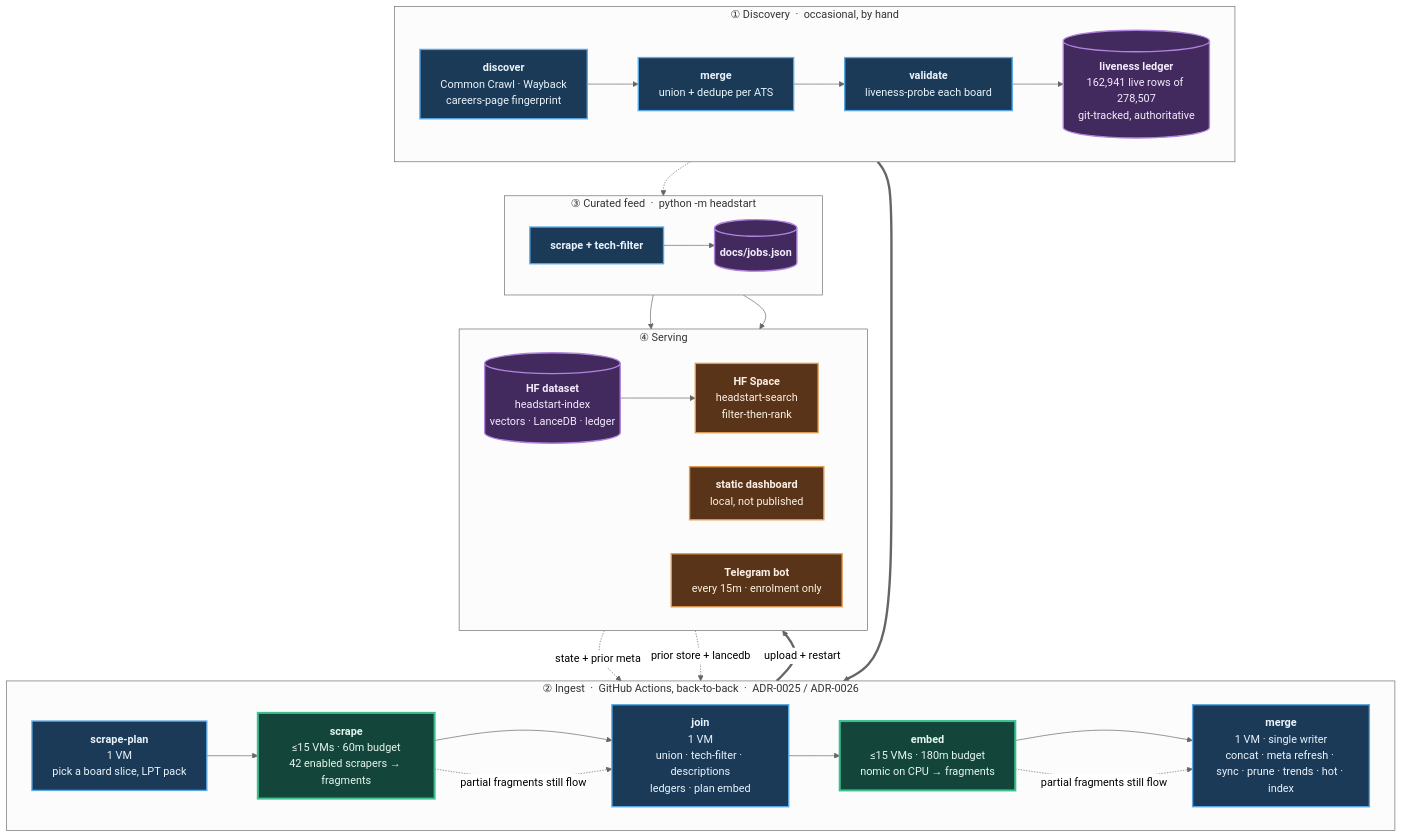
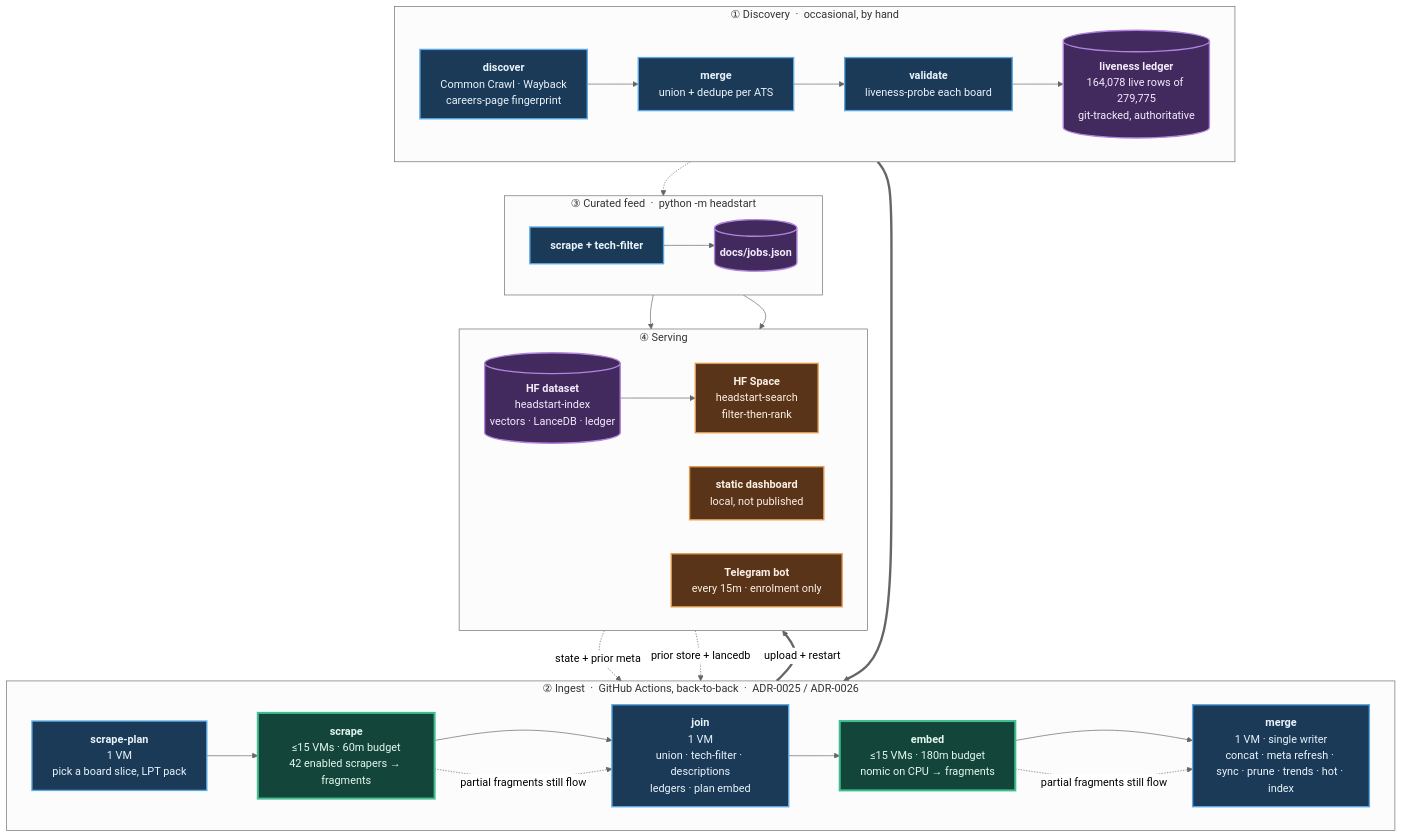
One commit to sarthakjain004/headstart changed the diagram in README.md. Above: the diagram before and after it, drawn with Mermaid (neutral theme). The commit also changed other lines of this file and 26 other files, not shown here.

````diff
--- a/README.md
+++ b/README.md
@@ -165,56 +168,56 @@
 ```mermaid
 flowchart TB
     subgraph D["① Discovery &nbsp;·&nbsp; occasional, by hand"]
         direction LR
         D1["<b>discover</b><br/>Common Crawl · Wayback<br/>careers-page fingerprint"]
         D2["<b>merge</b><br/>union + dedupe per ATS"]
         D3["<b>validate</b><br/>liveness-probe each board"]
-        D4[("<b>liveness ledger</b><br/>162,941 live rows of 278,507<br/>git-tracked, authoritative")]
+        D4[("<b>liveness ledger</b><br/>164,078 live rows of 279,775<br/>git-tracked, authoritative")]
         D1 --> D2 --> D3 --> D4
     end
 
     subgraph P["② Ingest &nbsp;·&nbsp; GitHub Actions, back-to-back &nbsp;·&nbsp; ADR-0025 / ADR-0026"]
         direction LR
         P1["<b>scrape-plan</b><br/>1 VM<br/>pick a board slice, LPT pack"]
         P2["<b>scrape</b><br/>≤15 VMs · 60m budget<br/>42 enabled scrapers → fragments"]
         P3["<b>join</b><br/>1 VM<br/>union · tech-filter · descriptions<br/>ledgers · plan embed"]
         P4["<b>embed</b><br/>≤15 VMs · 180m budget<br/>nomic on CPU → fragments"]
         P5["<b>merge</b><br/>1 VM · single writer<br/>concat · meta refresh · sync · prune · trends · hot · index"]
         P1 --> P2 --> P3 --> P4 --> P5
     end
 
     subgraph F["③ Curated feed &nbsp;·&nbsp; python -m headstart"]
         direction LR
         F1["<b>scrape + tech-filter</b>"]
         F2[("<b>docs/jobs.json</b>")]
         F1 --> F2
     end
 
     subgraph S["④ Serving"]
         direction LR
         S1[("<b>HF dataset</b><br/>headstart-index<br/>vectors · LanceDB · ledger")]
         S2["<b>HF Space</b><br/>headstart-search<br/>filter-then-rank"]
         S3["<b>static dashboard</b><br/>local, not published"]
         S4["<b>Telegram bot</b><br/>every 15m · enrolment only"]
         S1 --> S2
     end
 
     D4 ==> P1
     S1 -. "state + prior meta" .-> P1
     S1 -. "prior store + lancedb" .-> P5
     D4 -.-> F1
     P5 ==>|"upload + restart"| S1
     F2 --> S3
     F2 --> S4
     P2 -. "partial fragments still flow" .-> P3
     P4 -. "partial fragments still flow" .-> P5
 
     classDef serial fill:#1b3a57,stroke:#5aa9e6,stroke-width:2px,color:#eaf4fc
     classDef fan fill:#14453a,stroke:#3fbf8f,stroke-width:3px,color:#e4f7f0
     classDef store fill:#42295e,stroke:#b184dd,stroke-width:2px,color:#f4ecfc
     classDef serve fill:#5a3418,stroke:#e09a4f,stroke-width:2px,color:#fbf1e6
     class D1,D2,D3,P1,P3,P5,F1 serial
     class P2,P4 fan
     class D4,F2,S1 store
     class S2,S3,S4 serve
 ```
````
